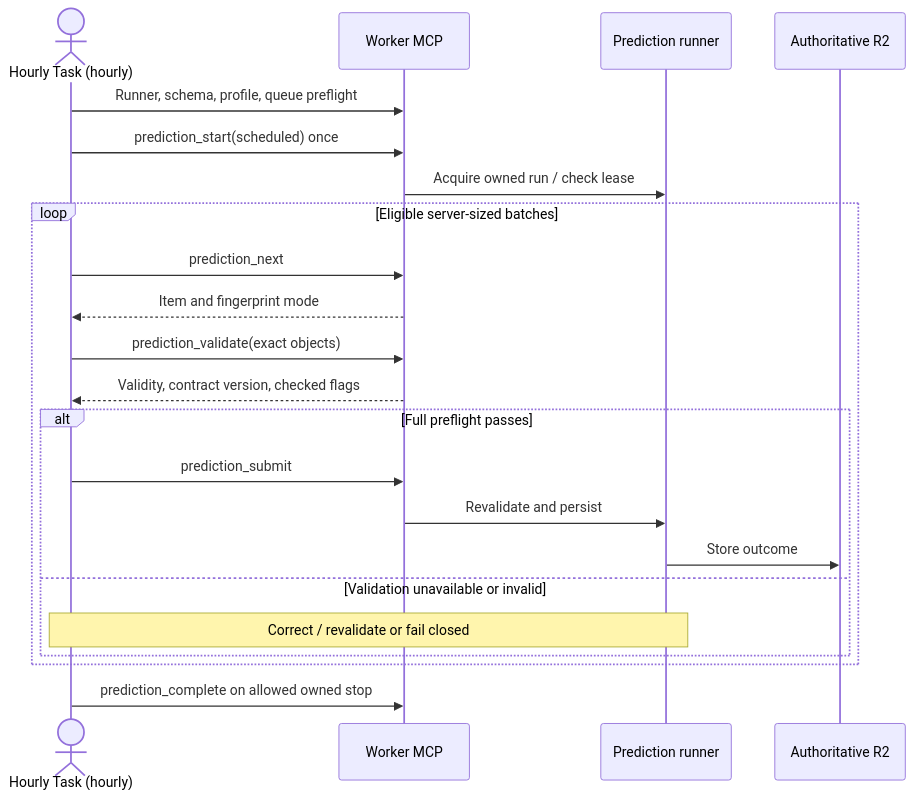
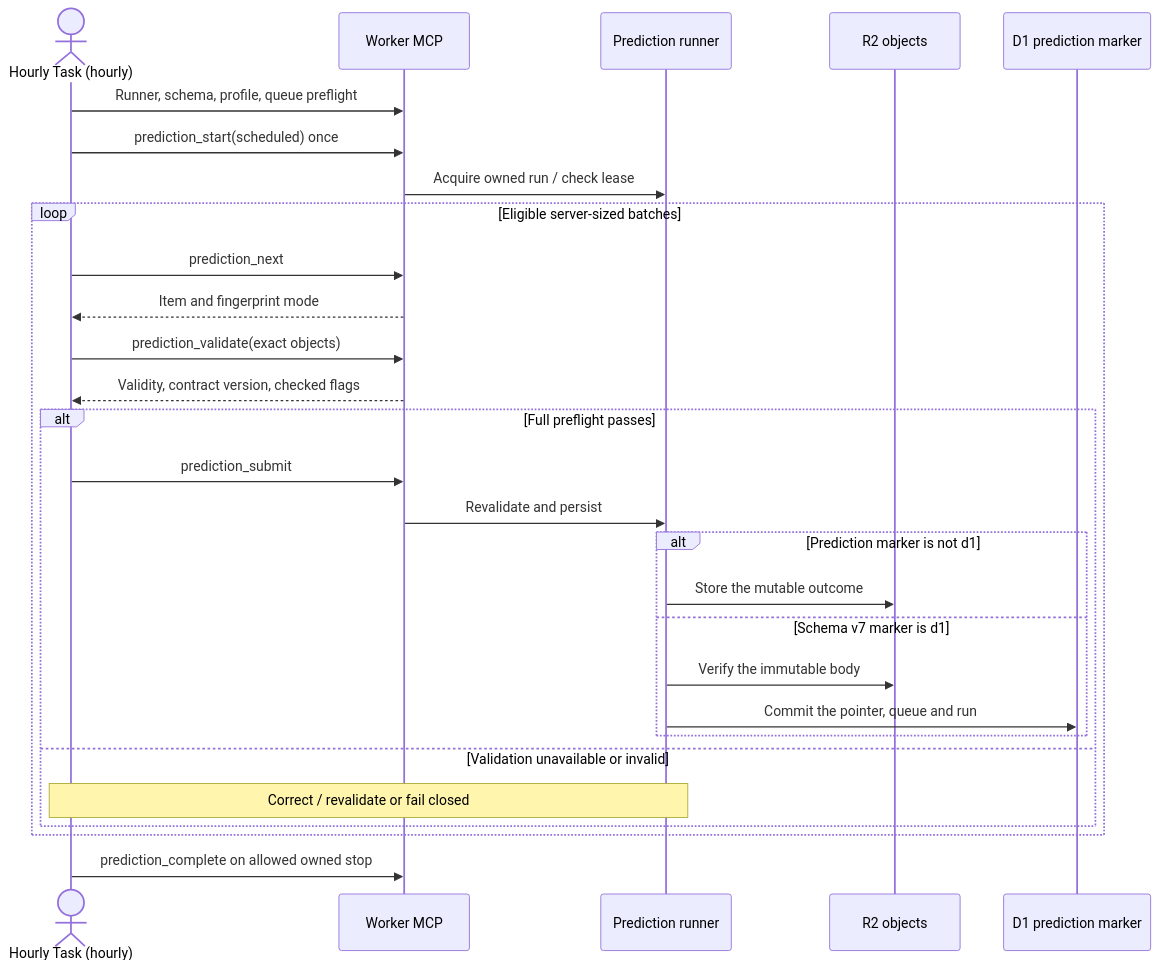
The second of 6 diagrams in docs/architecture/scheduling-and-orchestration.md (vladimino/iptv-watchlist), drawn with Mermaid before and after one commit. The commit also changed other lines of this file and 32 other files, not shown here.

First line of the commit message:
AIR-317: Introduce D1-authoritative prediction domain with gated migration

````diff
--- a/docs/architecture/scheduling-and-orchestration.md
+++ b/docs/architecture/scheduling-and-orchestration.md
@@ -59,24 +59,30 @@
 ```mermaid
 sequenceDiagram
     actor Hourly as Hourly Task (hourly)
     participant MCP as Worker MCP
     participant Runner as Prediction runner
-    participant R2 as Authoritative R2
+    participant R2 as R2 objects
+    participant D1 as D1 prediction marker
     Hourly->>MCP: Runner, schema, profile, queue preflight
     Hourly->>MCP: prediction_start(scheduled) once
     MCP->>Runner: Acquire owned run / check lease
     loop Eligible server-sized batches
         Hourly->>MCP: prediction_next
         MCP-->>Hourly: Item and fingerprint mode
         Hourly->>MCP: prediction_validate(exact objects)
         MCP-->>Hourly: Validity, contract version, checked flags
         alt Full preflight passes
             Hourly->>MCP: prediction_submit
             MCP->>Runner: Revalidate and persist
-            Runner->>R2: Store outcome
+            alt Prediction marker is not d1
+                Runner->>R2: Store the mutable outcome
+            else Schema v7 marker is d1
+                Runner->>R2: Verify the immutable body
+                Runner->>D1: Commit the pointer, queue and run
+            end
         else Validation unavailable or invalid
             Note over Hourly,Runner: Correct / revalidate or fail closed
         end
     end
     Hourly->>MCP: prediction_complete on allowed owned stop
 ```
````
